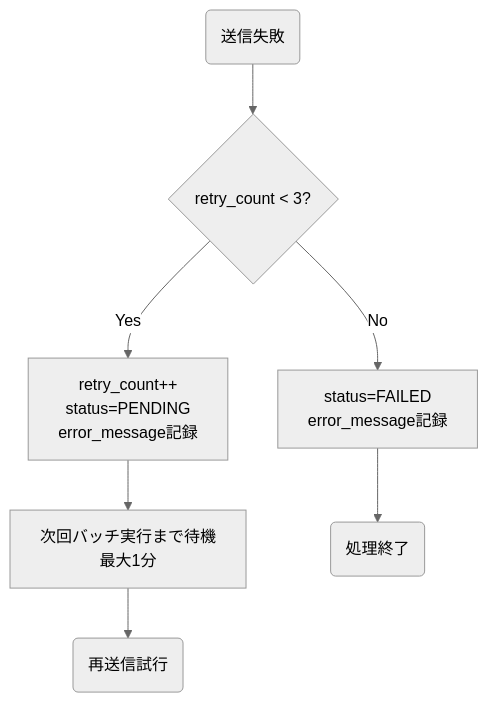
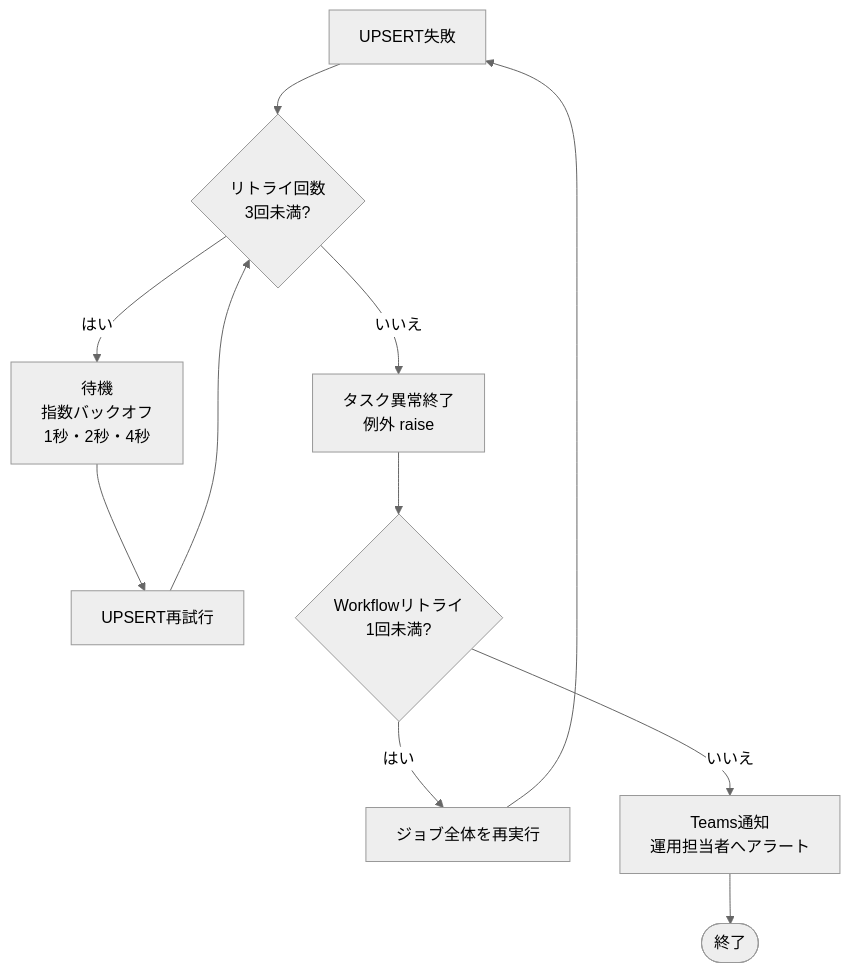
The second of 2 diagrams in docs/03-features/batch/gold-data-overwrite/README.md (NSW-SVCP-AIWG002/Databricks-IoT), drawn with Mermaid (neutral theme) before and after one commit. The commit also changed other lines of this file and 3 other files, not shown here.

````diff
--- a/docs/03-features/batch/gold-data-overwrite/README.md
+++ b/docs/03-features/batch/gold-data-overwrite/README.md
@@ -144,9 +176,13 @@
 ```mermaid
 flowchart TB
-    A(送信失敗) --> B{retry_count < 3?}
-    B -->|Yes| C[retry_count++<br>status=PENDING<br>error_message記録]
-    B -->|No| D[status=FAILED<br>error_message記録]
-    C --> E[次回バッチ実行まで待機<br>最大1分]
-    E --> F(再送信試行)
-    D --> G(処理終了)
+    UpsertFail[UPSERT失敗] --> RetryCheck{リトライ回数<br>3回未満?}
+    RetryCheck -->|はい| Wait[待機<br>指数バックオフ<br>1秒・2秒・4秒]
+    Wait --> Retry[UPSERT再試行]
+    Retry --> RetryCheck
+    RetryCheck -->|いいえ| TaskFail[タスク異常終了<br>例外 raise]
+    TaskFail --> WorkflowRetry{Workflowリトライ<br>1回未満?}
+    WorkflowRetry -->|はい| JobRerun[ジョブ全体を再実行]
+    JobRerun --> UpsertFail
+    WorkflowRetry -->|いいえ| Alert[Teams通知<br>運用担当者へアラート]
+    Alert --> End([終了])
 ```
````
